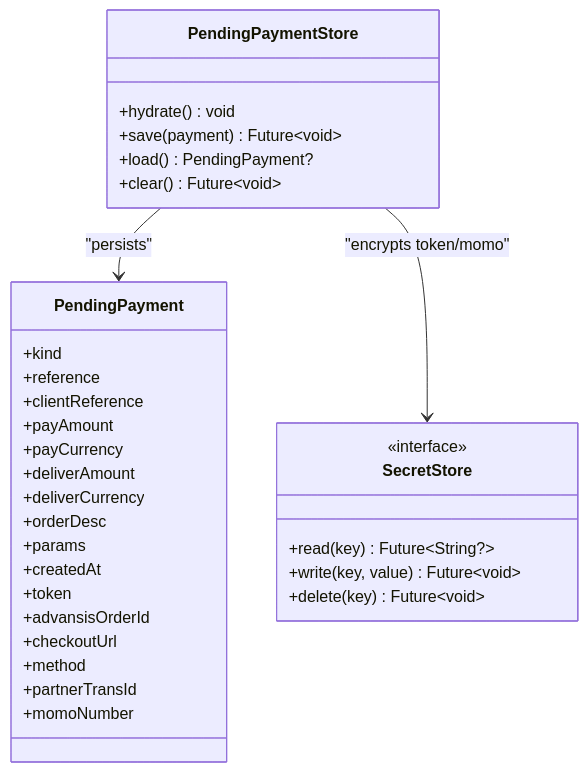
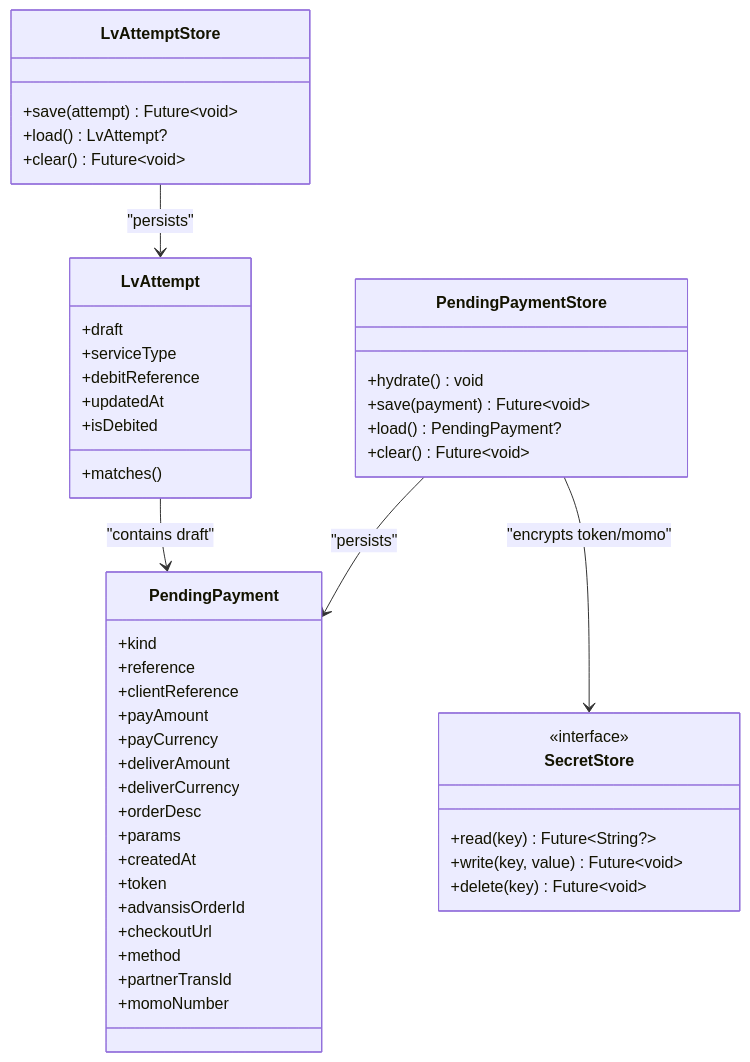
Before and after one commit to Advanstech/Lidapay-shop: the ninth of 13 diagrams in .qoder/repowiki/en/content/Payment Processing/Payment Processing.md, drawn with Mermaid. The commit also changed other lines of this file and 174 other files, not shown here.

````diff
--- a/.qoder/repowiki/en/content/Payment Processing/Payment Processing.md
+++ b/.qoder/repowiki/en/content/Payment Processing/Payment Processing.md
@@ -427,35 +529,50 @@
 ```mermaid
 classDiagram
 class PendingPaymentStore {
 +hydrate() void
 +save(payment) Future~void~
 +load() PendingPayment?
++clear() Future~void~
+}
+class LvAttemptStore {
++save(attempt) Future~void~
++load() LvAttempt?
 +clear() Future~void~
 }
 class PendingPayment {
 +kind
 +reference
 +clientReference
 +payAmount
 +payCurrency
 +deliverAmount
 +deliverCurrency
 +orderDesc
 +params
 +createdAt
 +token
 +advansisOrderId
 +checkoutUrl
 +method
 +partnerTransId
 +momoNumber
 }
+class LvAttempt {
++draft
++serviceType
++debitReference
++updatedAt
++isDebited
++matches()
+}
 class SecretStore {
 <<interface>>
 +read(key) Future~String?~
 +write(key, value) Future~void~
 +delete(key) Future~void~
 }
 PendingPaymentStore --> PendingPayment : "persists"
+LvAttemptStore --> LvAttempt : "persists"
 PendingPaymentStore --> SecretStore : "encrypts token/momo"
+LvAttempt --> PendingPayment : "contains draft"
 ```
````
